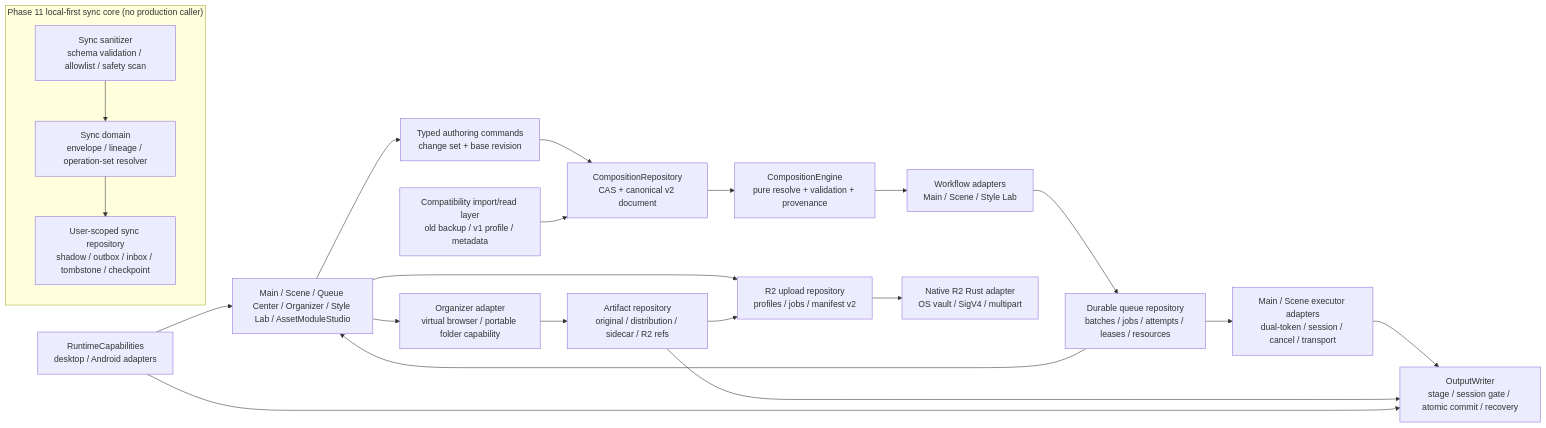
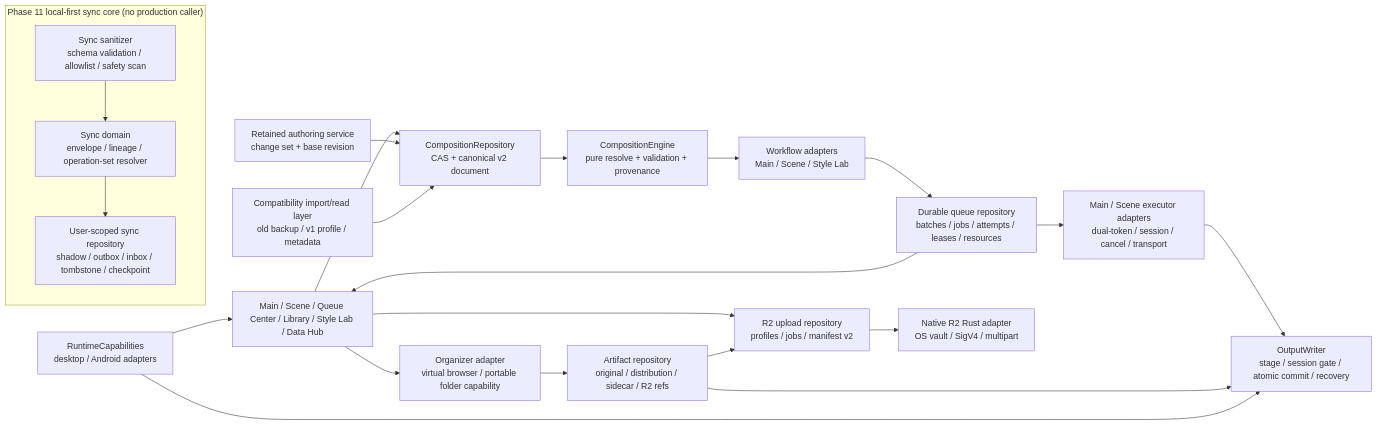
One commit to JaCha00/nais_blue changed the diagram in docs/composition-v2/ARCHITECTURE.md. Above: the diagram before and after it, drawn with Mermaid. The commit also changed other lines of this file and 16 other files, not shown here.

````diff
--- a/docs/composition-v2/ARCHITECTURE.md
+++ b/docs/composition-v2/ARCHITECTURE.md
@@ -5,36 +5,37 @@
 ```mermaid
 flowchart LR
-    GUI["Main / Scene / Queue Center / Organizer / Style Lab / AssetModuleStudio"]
-    CMD["Typed authoring commands\nchange set + base revision"]
+    GUI["Main / Scene / Queue Center / Library / Style Lab / Data Hub"]
+    CMD["Retained authoring service\nchange set + base revision"]
     REPO["CompositionRepository\nCAS + canonical v2 document"]
     ENGINE["CompositionEngine\npure resolve + validation + provenance"]
     ADAPTER["Workflow adapters\nMain / Scene / Style Lab"]
     QUEUE["Durable queue repository\nbatches / jobs / attempts / leases / resources"]
     EXEC["Main / Scene executor adapters\ndual-token / session / cancel / transport"]
     R2Q["R2 upload repository\nprofiles / jobs / manifest v2"]
     R2N["Native R2 Rust adapter\nOS vault / SigV4 / multipart"]
     ART["Artifact repository\noriginal / distribution / sidecar / R2 refs"]
     ORG["Organizer adapter\nvirtual browser / portable folder capability"]
     OUT["OutputWriter\nstage / session gate / atomic commit / recovery"]
     CAP["RuntimeCapabilities\ndesktop / Android adapters"]
     LEGACY["Compatibility import/read layer\nold backup / v1 profile / metadata"]
 
     subgraph SYNCLOCAL["Phase 11 local-first sync core (no production caller)"]
         SSAN["Sync sanitizer\nschema validation / allowlist / safety scan"]
         SDOM["Sync domain\nenvelope / lineage / operation-set resolver"]
         SDB["User-scoped sync repository\nshadow / outbox / inbox / tombstone / checkpoint"]
         SSAN --> SDOM --> SDB
     end
 
-    GUI --> CMD --> REPO
+    GUI --> REPO
+    CMD --> REPO
     REPO --> ENGINE --> ADAPTER
     ADAPTER --> QUEUE --> EXEC --> OUT
     GUI --> R2Q --> R2N
     GUI --> ORG --> ART
     ART --> OUT
     ART --> R2Q
     QUEUE --> GUI
     CAP --> GUI
     CAP --> OUT
     LEGACY --> REPO
 ```
````
